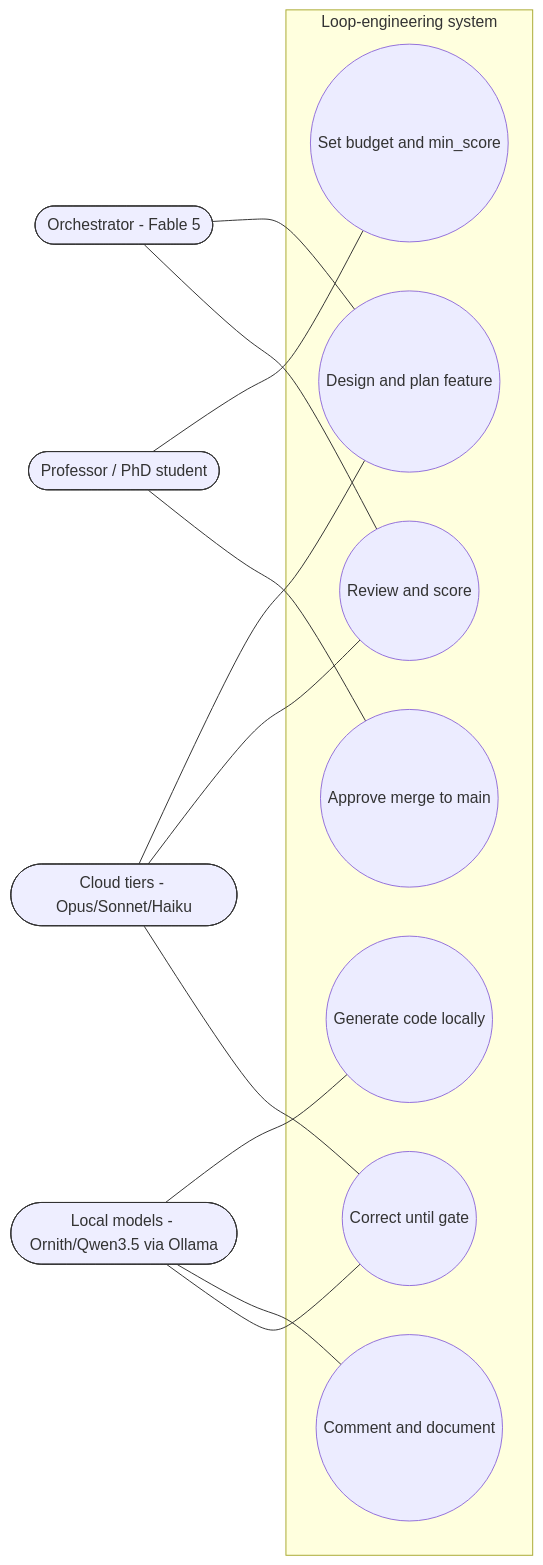
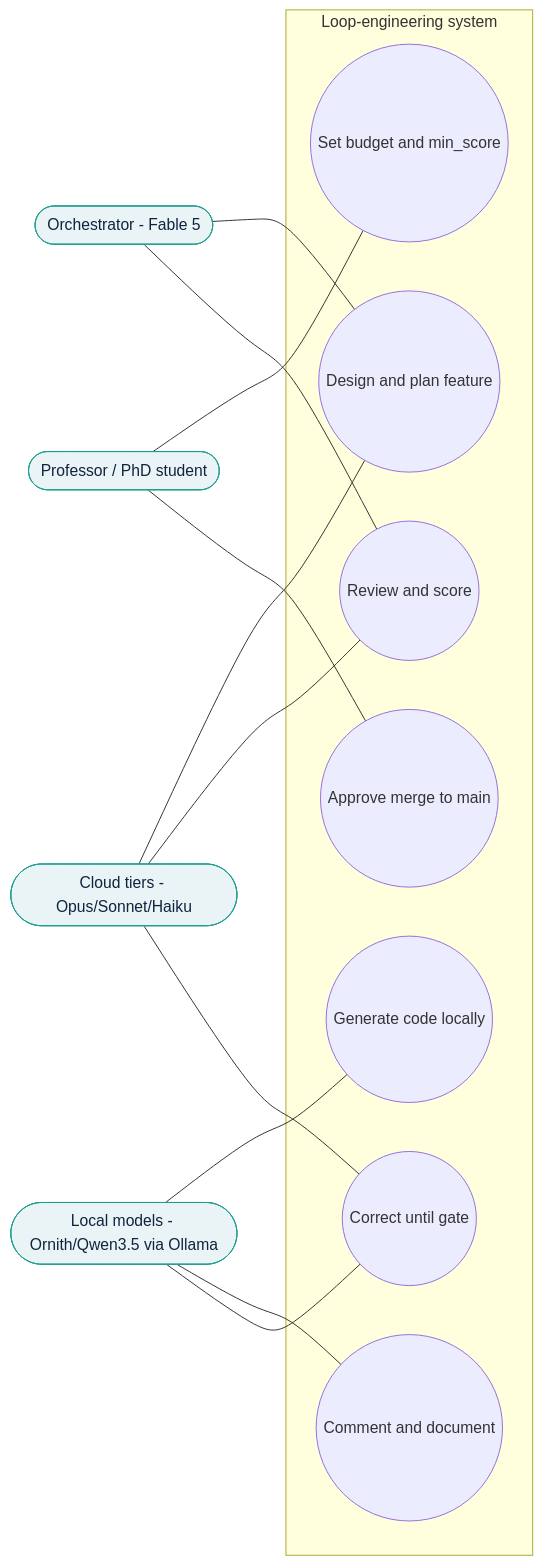
One commit to LARi-UQAC/ResearchTools changed the sixth of 8 diagrams in Architecture.md. Above: the diagram before and after it, drawn with Mermaid. The commit also changed other lines of this file and 3 other files, not shown here.

First line of the commit message:
docs: fix MkDocs GitHub Pages logo path, recolor Architecture.md diagrams

````diff
--- a/Architecture.md
+++ b/Architecture.md
@@ -453,29 +453,29 @@
 ```mermaid
 flowchart LR
   prof([Professor / PhD student]):::actor
   orch([Orchestrator - Fable 5]):::actor
   cloud([Cloud tiers - Opus/Sonnet/Haiku]):::actor
   local([Local models - Ornith/Qwen3.5 via Ollama]):::actor
 
   subgraph SYS["Loop-engineering system"]
     u1(("Set budget and min_score"))
     u2(("Design and plan feature"))
     u3(("Generate code locally"))
     u4(("Comment and document"))
     u5(("Review and score"))
     u6(("Correct until gate"))
     u7(("Approve merge to main"))
   end
 
   prof --- u1
   prof --- u7
   orch --- u2
   orch --- u5
   cloud --- u2
   cloud --- u5
   cloud --- u6
   local --- u3
   local --- u4
   local --- u6
-  classDef actor fill:#eef,stroke:#333,stroke-width:1px;
+  classDef actor fill:#EAF4F6,stroke:#1F9E8F,stroke-width:1px,color:#10243E;
 ```
````
